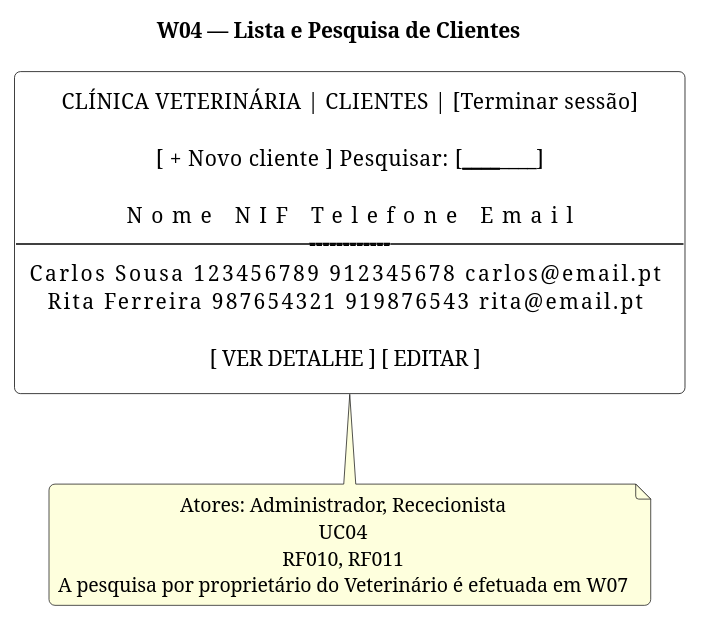
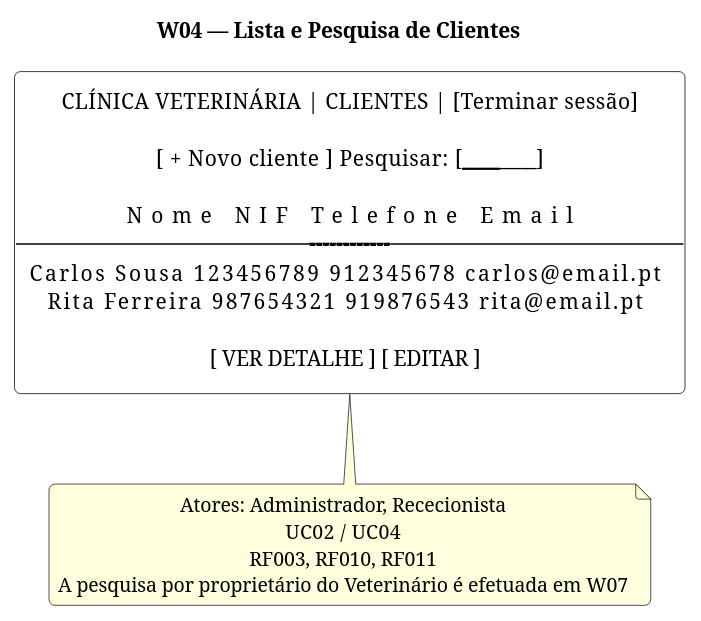
The fifth of 20 diagrams in 04-artefactos-tecnicos/04.10-prototipos-de-interfaces/m3-prototipo-baixa-fidelidade-v02.md (LEI-LDS-2026-2027-G08/LEI-Grupo-de-LDS-UTPORTO), drawn with PlantUML before and after one commit. The commit also changed other lines of this file, not shown here.

````diff
--- a/04-artefactos-tecnicos/04.10-prototipos-de-interfaces/m3-prototipo-baixa-fidelidade-v02.md
+++ b/04-artefactos-tecnicos/04.10-prototipos-de-interfaces/m3-prototipo-baixa-fidelidade-v02.md
@@ -226,23 +226,23 @@
 ```plantuml {kroki=true}
 @startuml
 skinparam shadowing false
 skinparam roundcorner 8
 skinparam defaultTextAlignment center
 skinparam rectangle {
   BackgroundColor white
   BorderColor black
   FontColor black
 }
 
 title W04 — Lista e Pesquisa de Clientes
 
 rectangle "CLÍNICA VETERINÁRIA   |   CLIENTES   |   [Terminar sessão]\n\n[ + Novo cliente ]     Pesquisar: [________________________]\n\nNome                 NIF            Telefone          Email\n----------------------------------------------------------------\nCarlos Sousa         123456789      912345678         carlos@email.pt\nRita Ferreira        987654321      919876543         rita@email.pt\n\n[ VER DETALHE ]   [ EDITAR ]" as SCREEN
 
 note bottom of SCREEN
 Atores: Administrador, Rececionista
-UC04
-RF010, RF011
+UC02 / UC04
+RF003, RF010, RF011
 A pesquisa por proprietário do Veterinário é efetuada em W07
 end note
 @enduml
 ```
````
